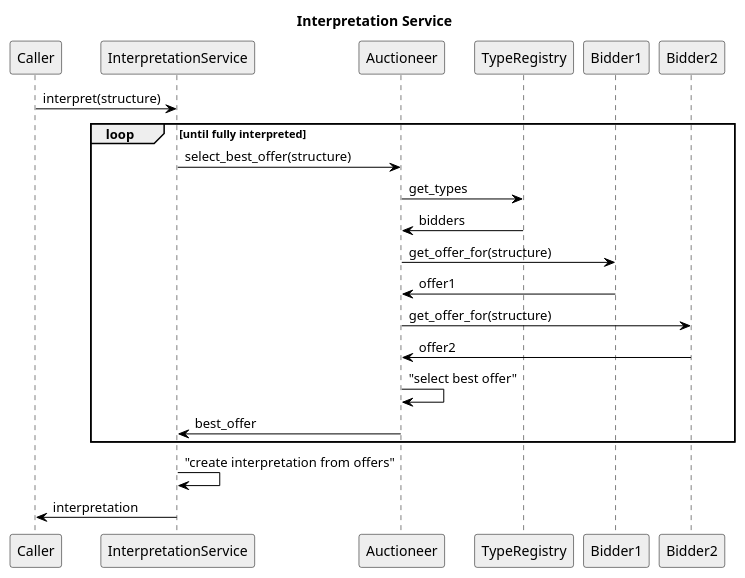
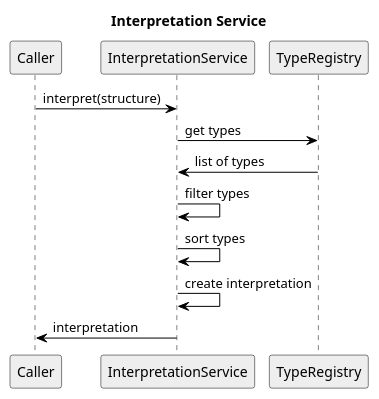
The diagram in docs/source/development/domain/type_system/interpretation/interpretation_sequence.puml (blackfennec-org/blackfennec), drawn with PlantUML before and after one commit. The commit also changed 15 other files, not shown here.

```diff
--- a/docs/source/development/domain/type_system/interpretation/interpretation_sequence.puml
+++ b/docs/source/development/domain/type_system/interpretation/interpretation_sequence.puml
@@ -1,29 +1,24 @@
-@startuml
+@startuml sequence of interpretation
 skinparam sequence {
     ParticipantBorderColor Black
     ParticipantBackgroundColor #EEE
     ParticipantBorderColor Black
     ArrowColor Black
     ActorBorderColor Black
     ActorBackgroundColor #EEE
     LifeLineBorderColor Black
 }
 
 title Interpretation Service
 
 Caller -> InterpretationService : interpret(structure)
-loop until fully interpreted
-    InterpretationService -> Auctioneer : select_best_offer(structure)
-    Auctioneer -> TypeRegistry  : get_types
-    TypeRegistry -> Auctioneer  : bidders
-    Auctioneer -> Bidder1       : get_offer_for(structure)
-    Bidder1 -> Auctioneer       : offer1
-    Auctioneer -> Bidder2       : get_offer_for(structure)
-    Bidder2 -> Auctioneer       : offer2
-    Auctioneer -> Auctioneer    : "select best offer"
-    Auctioneer -> InterpretationService : best_offer
-end
-InterpretationService -> InterpretationService : "create interpretation from offers"
+InterpretationService -> TypeRegistry : get types
+TypeRegistry -> InterpretationService : list of types
+
+InterpretationService -> InterpretationService : filter types
+InterpretationService -> InterpretationService : sort types
+InterpretationService -> InterpretationService : create interpretation
+
 InterpretationService -> Caller : interpretation
 
 @enduml
```
